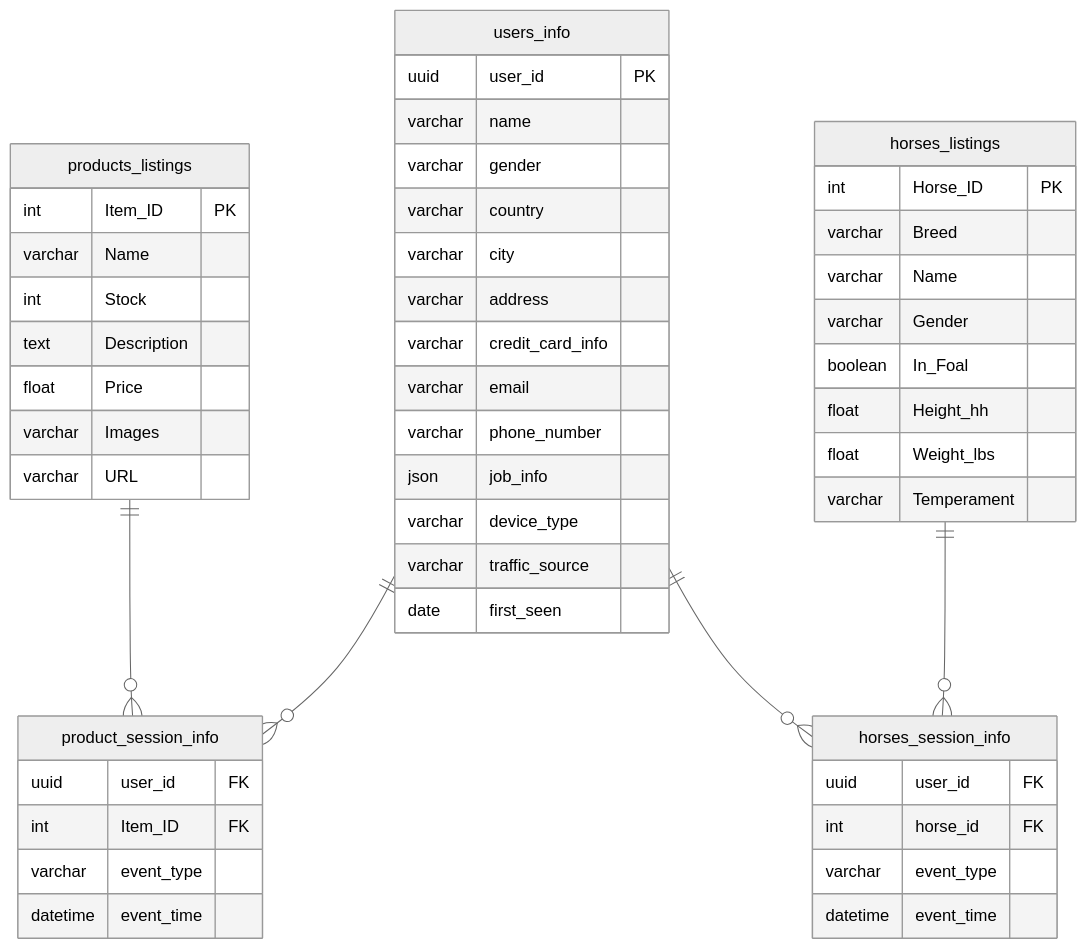
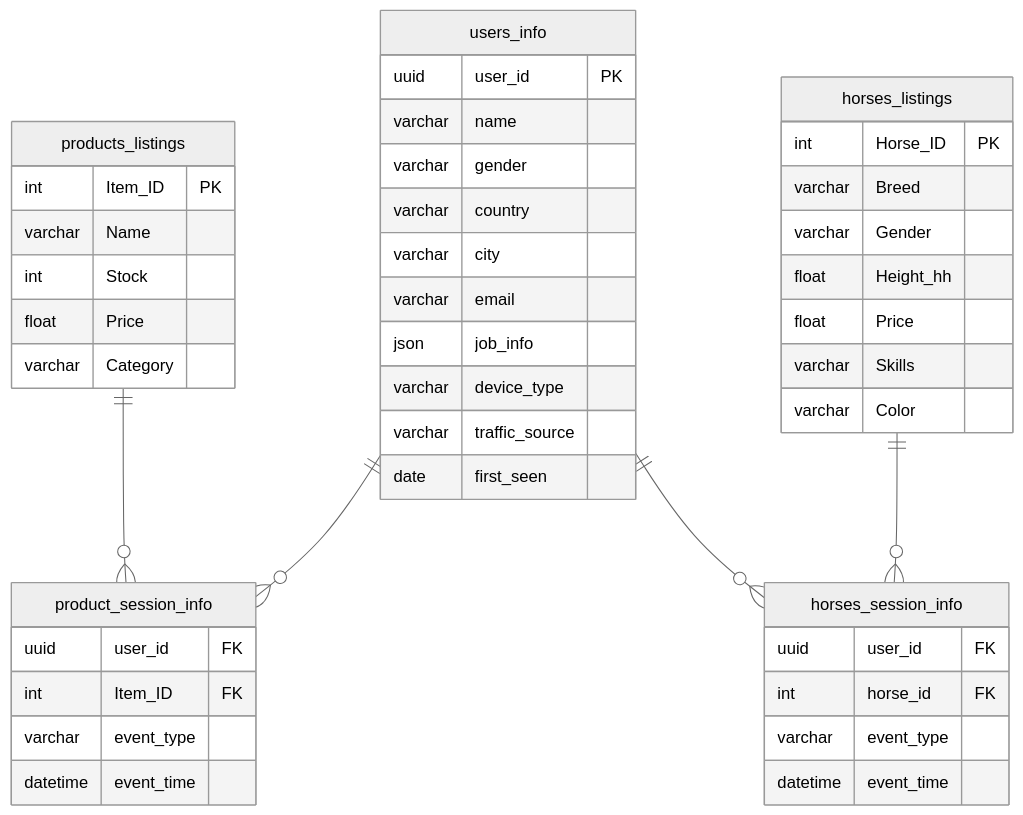
Before and after one commit to No-Country-simulation/S02-26-E45-Data_Science_EquineLead: the diagram in README.md, drawn with Mermaid (neutral theme). The commit also changed other lines of this file and 3 other files, not shown here.

````diff
--- a/README.md
+++ b/README.md
@@ -120,58 +118,52 @@
 ```mermaid
 erDiagram
     products_listings ||--o{ product_session_info : ""
     users_info ||--o{ product_session_info : ""
     users_info ||--o{ horses_session_info : ""
     horses_listings ||--o{ horses_session_info : ""
 
     users_info {
         uuid user_id PK
         varchar name
         varchar gender
         varchar country
         varchar city
-        varchar address
-        varchar credit_card_info
         varchar email
-        varchar phone_number
         json job_info
         varchar device_type
         varchar traffic_source
         date first_seen
     }
 
     horses_session_info {
         uuid user_id FK
         int horse_id FK
         varchar event_type
         datetime event_time
     }
 
     product_session_info {
         uuid user_id FK
         int Item_ID FK
         varchar event_type
         datetime event_time
     }
 
     horses_listings {
         int Horse_ID PK
         varchar Breed
-        varchar Name
         varchar Gender
-        boolean In_Foal
         float Height_hh
-        float Weight_lbs
-        varchar Temperament
+        float Price
+        varchar Skills
+        varchar Color
     }
 
     products_listings {
         int Item_ID PK
         varchar Name
         int Stock
-        text Description
         float Price
-        varchar Images
-        varchar URL
+        varchar Category
     }
 ```
````
